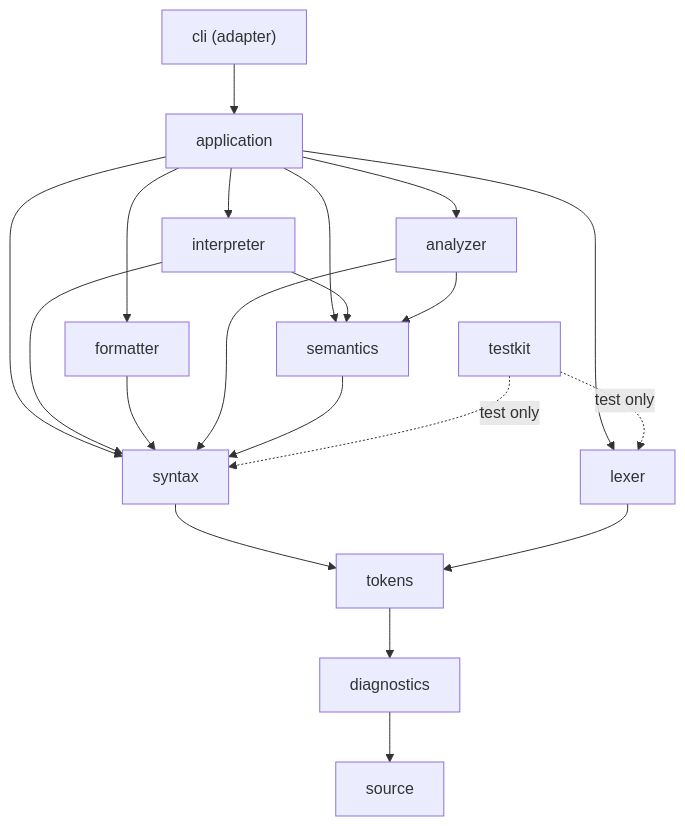
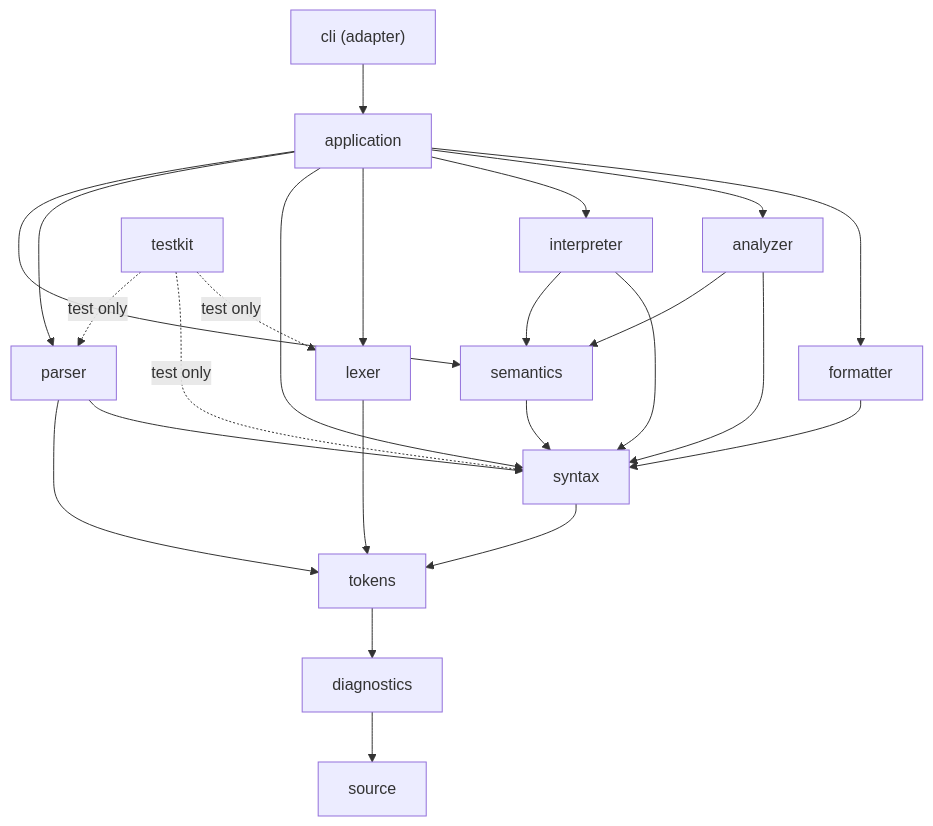
The first of 3 diagrams in docs/architecture.md (GarroteSantiago/printscript), drawn with Mermaid before and after one commit. The commit also changed other lines of this file and 21 other files, not shown here.

First line of the commit message:
refactor(syntax,parser): split the parser out of syntax into its own module

````diff
--- a/docs/architecture.md
+++ b/docs/architecture.md
@@ -33,22 +34,26 @@
 ```mermaid
 graph TD
     cli["cli (adapter)"] --> application
     application --> formatter
     application --> analyzer
     application --> interpreter
     application --> lexer
     application --> syntax
+    application --> parser
     application --> semantics
     interpreter --> syntax
     interpreter --> semantics
     formatter --> syntax
     analyzer --> syntax
     analyzer --> semantics
     semantics --> syntax
+    parser --> syntax
+    parser --> tokens
     syntax --> tokens
     lexer --> tokens
     tokens --> diagnostics
     diagnostics --> source
     testkit -.test only.-> lexer
     testkit -.test only.-> syntax
+    testkit -.test only.-> parser
 ```
````
